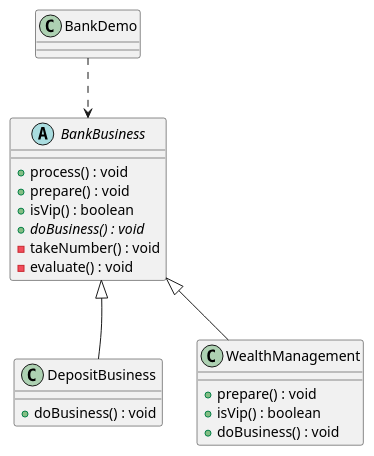
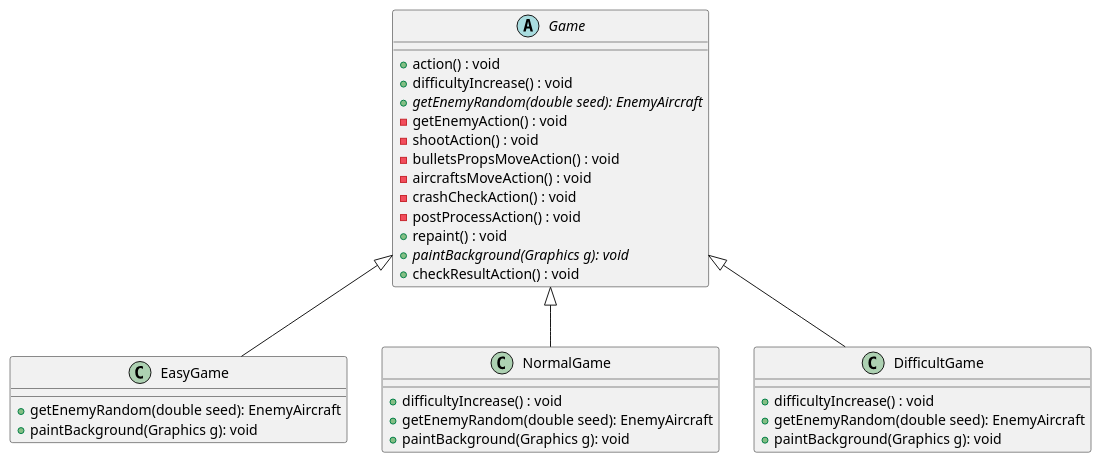
The diagram in uml/TemplatePattern.puml (AlFinding/aircraft), drawn with PlantUML before and after one commit. The commit also changed 4 other files, not shown here.

Commit message:
第六次实验新增uml图

```diff
--- a/uml/TemplatePattern.puml
+++ b/uml/TemplatePattern.puml
@@ -1,31 +1,40 @@
 @startuml
 
-class BankDemo {
+abstract class Game {
+    + action() : void
+    + difficultyIncrease() : void
+    + {abstract} getEnemyRandom(double seed): EnemyAircraft
+    - getEnemyAction() : void
+    - shootAction() : void
+    - bulletsPropsMoveAction() : void
+    - aircraftsMoveAction() : void
+    - crashCheckAction() : void
+    - postProcessAction() : void
+    + repaint() : void
+    + {abstract} paintBackground(Graphics g): void
+    + checkResultAction() : void
 }
 
-abstract class BankBusiness {
-    + process() : void
-    + prepare() : void
-    + isVip() : boolean
-    + {abstract} doBusiness() : void
-    - takeNumber() : void
-    - evaluate() : void
+class EasyGame {
+     + getEnemyRandom(double seed): EnemyAircraft
+     + paintBackground(Graphics g): void
 }
 
-class DepositBusiness {
-    + doBusiness() : void
+class NormalGame {
+     + difficultyIncrease() : void
+     + getEnemyRandom(double seed): EnemyAircraft
+     + paintBackground(Graphics g): void
+
 }
 
-class WealthManagement {
-    + prepare() : void
-    + isVip() : boolean
-    + doBusiness() : void
+class DifficultGame {
+     + difficultyIncrease() : void
+     + getEnemyRandom(double seed): EnemyAircraft
+     + paintBackground(Graphics g): void
 }
 
-BankDemo ..> BankBusiness
-BankBusiness -[hidden]down-> DepositBusiness
-
-DepositBusiness -up-|> BankBusiness
-WealthManagement -up-|> BankBusiness
+EasyGame -up-|> Game
+NormalGame -up-|> Game
+DifficultGame -up-|> Game
 
 @enduml
```
